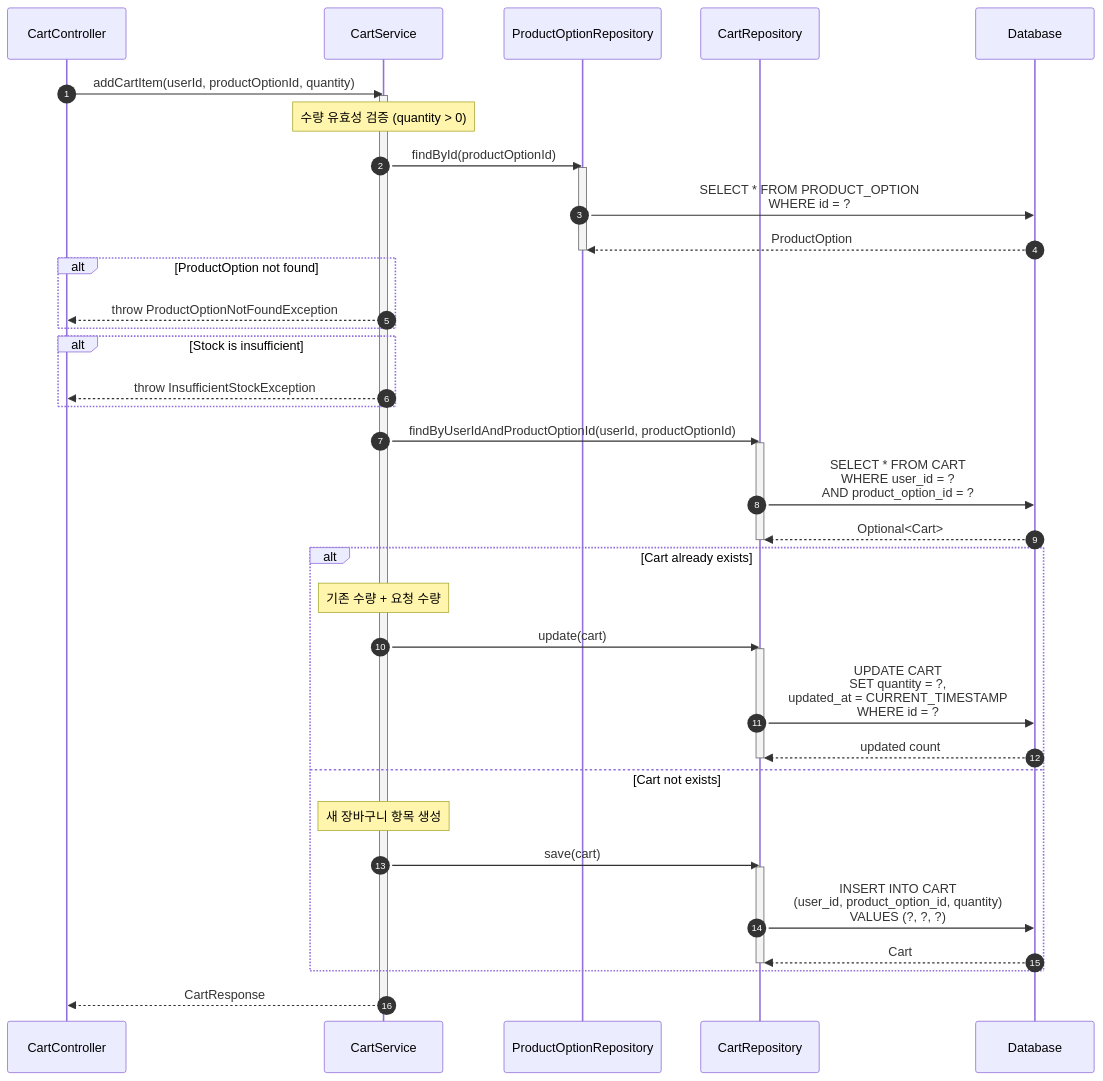
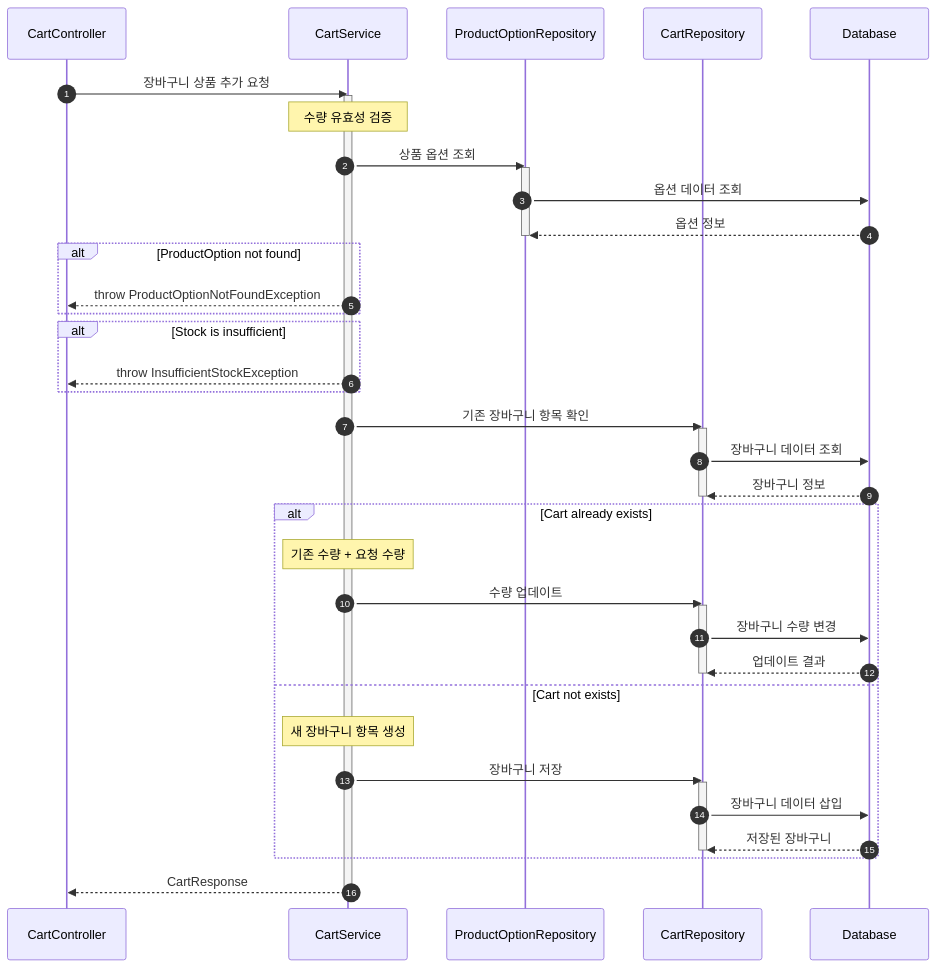
The fifth of 16 diagrams in docs/api/api-specification.md (hye-ung97/hh-e-commerce), drawn with Mermaid before and after one commit. The commit also changed other lines of this file, not shown here.

Commit message:
fix: 시퀀스 다이어그램에서 함수 이름 -> 설명으로 변경

````diff
--- a/docs/api/api-specification.md
+++ b/docs/api/api-specification.md
@@ -255,53 +255,53 @@
 ```mermaid
 sequenceDiagram
     autonumber
     participant C as CartController
     participant S as CartService
     participant POR as ProductOptionRepository
     participant CR as CartRepository
     participant DB as Database
 
-    C->>S: addCartItem(userId, productOptionId, quantity)
+    C->>S: 장바구니 상품 추가 요청
     activate S
 
-    Note over S: 수량 유효성 검증 (quantity > 0)
+    Note over S: 수량 유효성 검증
 
-    S->>POR: findById(productOptionId)
+    S->>POR: 상품 옵션 조회
     activate POR
-    POR->>DB: SELECT * FROM PRODUCT_OPTION<br/>WHERE id = ?
-    DB-->>POR: ProductOption
+    POR->>DB: 옵션 데이터 조회
+    DB-->>POR: 옵션 정보
     deactivate POR
 
     alt ProductOption not found
         S-->>C: throw ProductOptionNotFoundException
     end
 
     alt Stock is insufficient
         S-->>C: throw InsufficientStockException
     end
 
-    S->>CR: findByUserIdAndProductOptionId(userId, productOptionId)
+    S->>CR: 기존 장바구니 항목 확인
     activate CR
-    CR->>DB: SELECT * FROM CART<br/>WHERE user_id = ?<br/>AND product_option_id = ?
-    DB-->>CR: Optional<Cart>
+    CR->>DB: 장바구니 데이터 조회
+    DB-->>CR: 장바구니 정보
     deactivate CR
 
     alt Cart already exists
         Note over S: 기존 수량 + 요청 수량
-        S->>CR: update(cart)
+        S->>CR: 수량 업데이트
         activate CR
-        CR->>DB: UPDATE CART<br/>SET quantity = ?,<br/>updated_at = CURRENT_TIMESTAMP<br/>WHERE id = ?
-        DB-->>CR: updated count
+        CR->>DB: 장바구니 수량 변경
+        DB-->>CR: 업데이트 결과
         deactivate CR
     else Cart not exists
         Note over S: 새 장바구니 항목 생성
-        S->>CR: save(cart)
+        S->>CR: 장바구니 저장
         activate CR
-        CR->>DB: INSERT INTO CART<br/>(user_id, product_option_id, quantity)<br/>VALUES (?, ?, ?)
-        DB-->>CR: Cart
+        CR->>DB: 장바구니 데이터 삽입
+        DB-->>CR: 저장된 장바구니
         deactivate CR
     end
 
     S-->>C: CartResponse
     deactivate S
 ```
````
